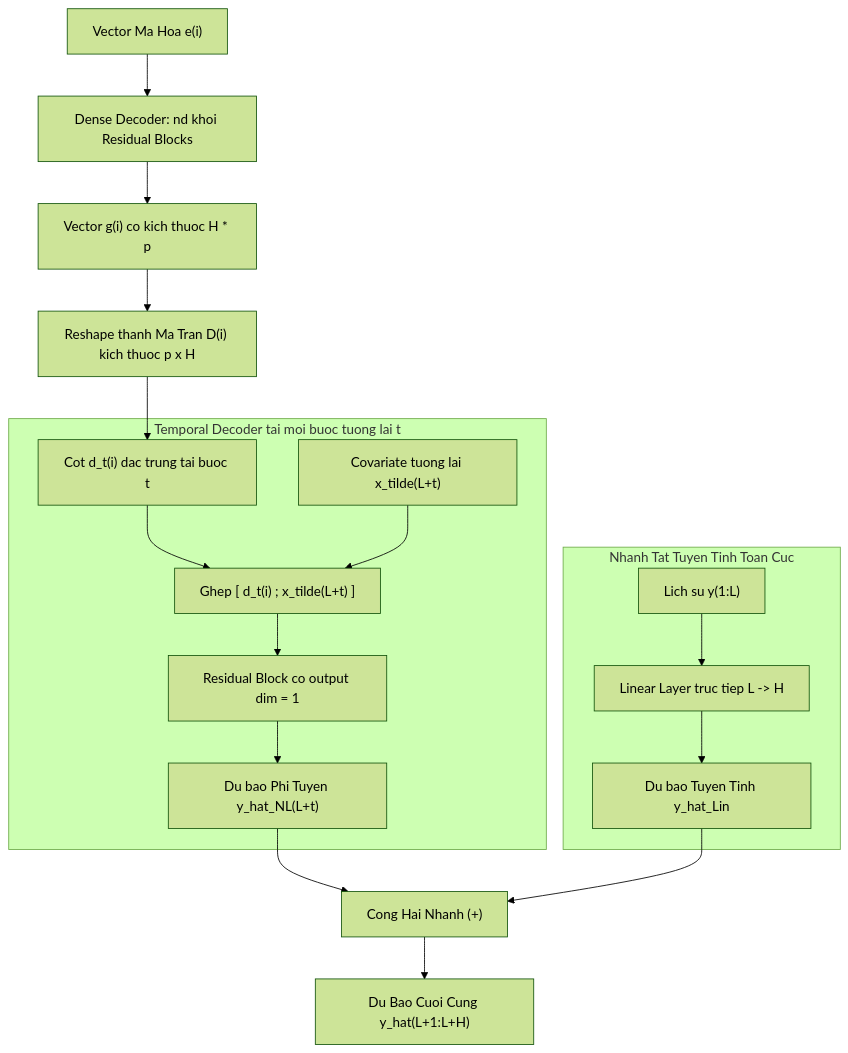
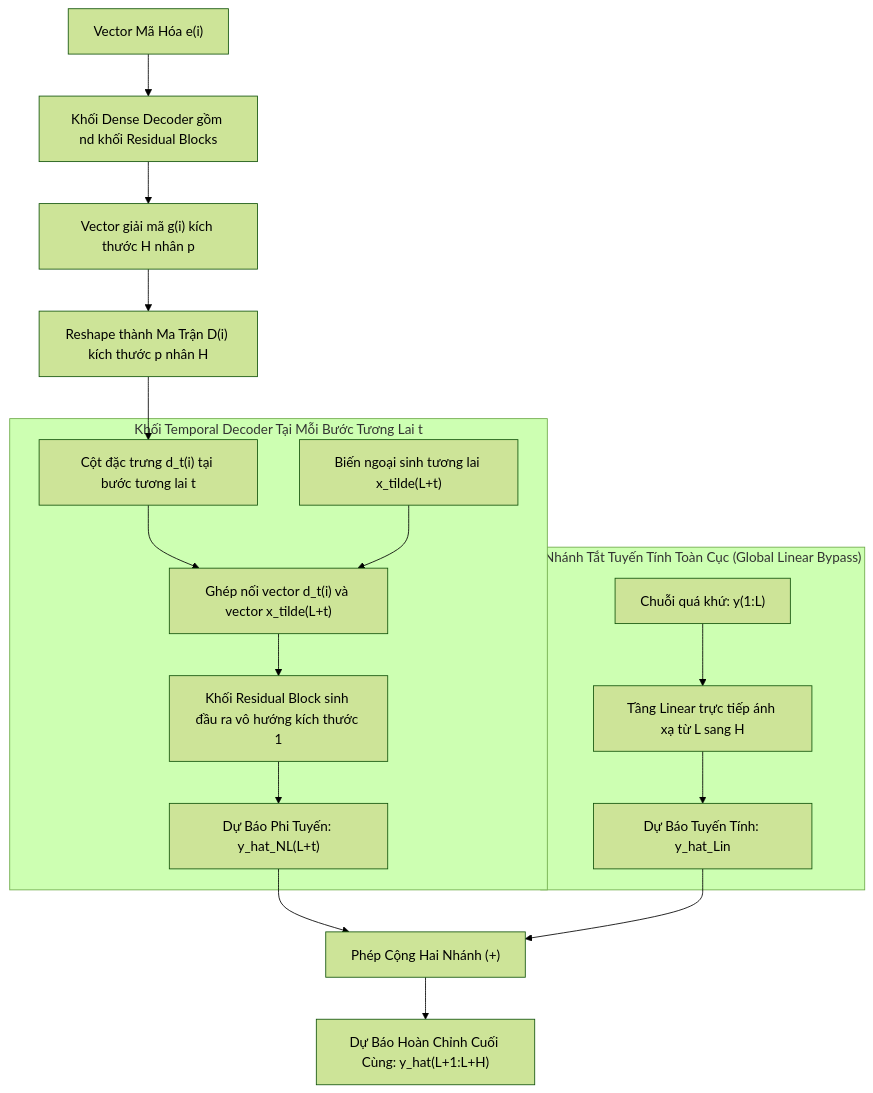
The third of 3 diagrams in doc/04_model_architecture.md (snowflake-vibing/Project-Experimental-TiDE), drawn with Mermaid (forest theme) before and after one commit. The commit also changed other lines of this file and 4 other files, not shown here.

Commit message:
docs: add glossary/RULE.md, ensure 100% accented Vietnamese in all Mermaid diagrams and Feynman glossary

````diff
--- a/doc/04_model_architecture.md
+++ b/doc/04_model_architecture.md
@@ -111,41 +111,41 @@
 ```mermaid
 flowchart TD
-    Latent["Vector Ma Hoa e(i)"]
-    DecBlocks["Dense Decoder: nd khoi Residual Blocks"]
-    FlatG["Vector g(i) co kich thuoc H * p"]
-    ReshapeOp["Reshape thanh Ma Tran D(i) kich thuoc p x H"]
+    Latent["Vector Mã Hóa e(i)"]
+    DecBlocks["Khối Dense Decoder gồm nd khối Residual Blocks"]
+    FlatG["Vector giải mã g(i) kích thước H nhân p"]
+    ReshapeOp["Reshape thành Ma Trận D(i) kích thước p nhân H"]
     
     Latent --> DecBlocks
     DecBlocks --> FlatG
     FlatG --> ReshapeOp
 
-    subgraph TemporalHighway [Temporal Decoder tai moi buoc tuong lai t]
-        Col_t["Cot d_t(i) dac trung tai buoc t"]
-        FutCov["Covariate tuong lai x_tilde(L+t)"]
-        Concat_t["Ghep [ d_t(i) ; x_tilde(L+t) ]"]
-        TempRB["Residual Block co output dim = 1"]
-        Y_hat_NL["Du bao Phi Tuyen y_hat_NL(L+t)"]
+    subgraph TemporalHighway ["Khối Temporal Decoder Tại Mỗi Bước Tương Lai t"]
+        Col_t["Cột đặc trưng d_t(i) tại bước tương lai t"]
+        FutCov["Biến ngoại sinh tương lai x_tilde(L+t)"]
+        Concat_t["Ghép nối vector d_t(i) và vector x_tilde(L+t)"]
+        TempRB["Khối Residual Block sinh đầu ra vô hướng kích thước 1"]
+        Y_hat_NL["Dự Báo Phi Tuyến: y_hat_NL(L+t)"]
 
         Col_t --> Concat_t
         FutCov --> Concat_t
         Concat_t --> TempRB
         TempRB --> Y_hat_NL
     end
 
     ReshapeOp --> Col_t
 
-    subgraph GlobalBypass [Nhanh Tat Tuyen Tinh Toan Cuc]
-        Y_hist["Lich su y(1:L)"]
-        LinearDirect["Linear Layer truc tiep L -> H"]
-        Y_hat_Lin["Du bao Tuyen Tinh y_hat_Lin"]
+    subgraph GlobalBypass ["Nhánh Tắt Tuyến Tính Toàn Cục (Global Linear Bypass)"]
+        Y_hist["Chuỗi quá khứ: y(1:L)"]
+        LinearDirect["Tầng Linear trực tiếp ánh xạ từ L sang H"]
+        Y_hat_Lin["Dự Báo Tuyến Tính: y_hat_Lin"]
         Y_hist --> LinearDirect
         LinearDirect --> Y_hat_Lin
     end
 
-    FinalSum["Cong Hai Nhanh (+)"]
-    FinalPred["Du Bao Cuoi Cung y_hat(L+1:L+H)"]
+    FinalSum["Phép Cộng Hai Nhánh (+)"]
+    FinalPred["Dự Báo Hoàn Chỉnh Cuối Cùng: y_hat(L+1:L+H)"]
 
     Y_hat_NL --> FinalSum
     Y_hat_Lin --> FinalSum
     FinalSum --> FinalPred
 ```
````
